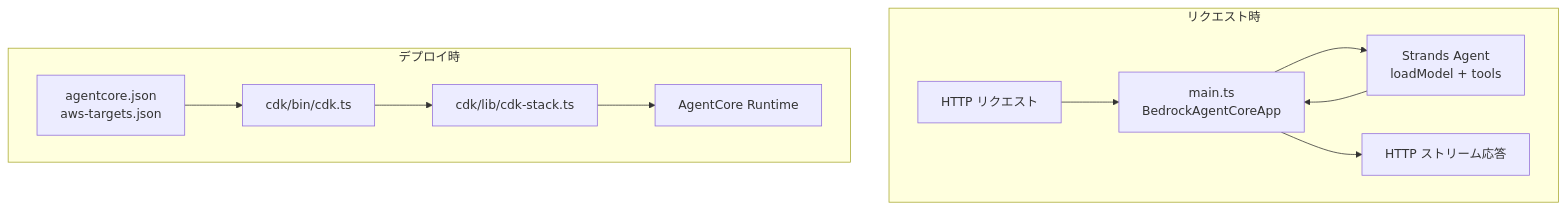
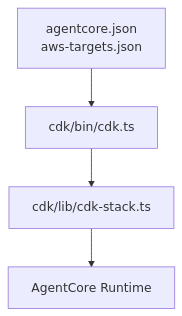
One commit to tshimoda1994/qiita-article changed the second of 2 diagrams in public/Bedrock AgentCore Runtime CLIのagentcore createコマンドで何が作成されるのか調べてみた.md. Above: the diagram before and after it, drawn with Mermaid. The commit also changed other lines of this file, not shown here.

Commit message:
記事の Mermaid 図を縦並びに分割して読みやすくした

````diff
--- a/public/Bedrock AgentCore Runtime CLIのagentcore createコマンドで何が作成されるのか調べてみた.md
+++ b/public/Bedrock AgentCore Runtime CLIのagentcore createコマンドで何が作成されるのか調べてみた.md
@@ -191,14 +203,6 @@
 ```mermaid
-flowchart TB
-  subgraph req["リクエスト時"]
-    A[HTTP リクエスト] --> B[main.ts<br/>BedrockAgentCoreApp]
-    B --> C[Strands Agent<br/>loadModel + tools]
-    C --> B
-    B --> D[HTTP ストリーム応答]
-  end
-  subgraph dep["デプロイ時"]
-    E[agentcore.json<br/>aws-targets.json] --> F[cdk/bin/cdk.ts]
-    F --> G[cdk/lib/cdk-stack.ts]
-    G --> H[AgentCore Runtime]
-  end
+flowchart TD
+  E[agentcore.json<br/>aws-targets.json] --> F[cdk/bin/cdk.ts]
+  F --> G[cdk/lib/cdk-stack.ts]
+  G --> H[AgentCore Runtime]
 ```
````
